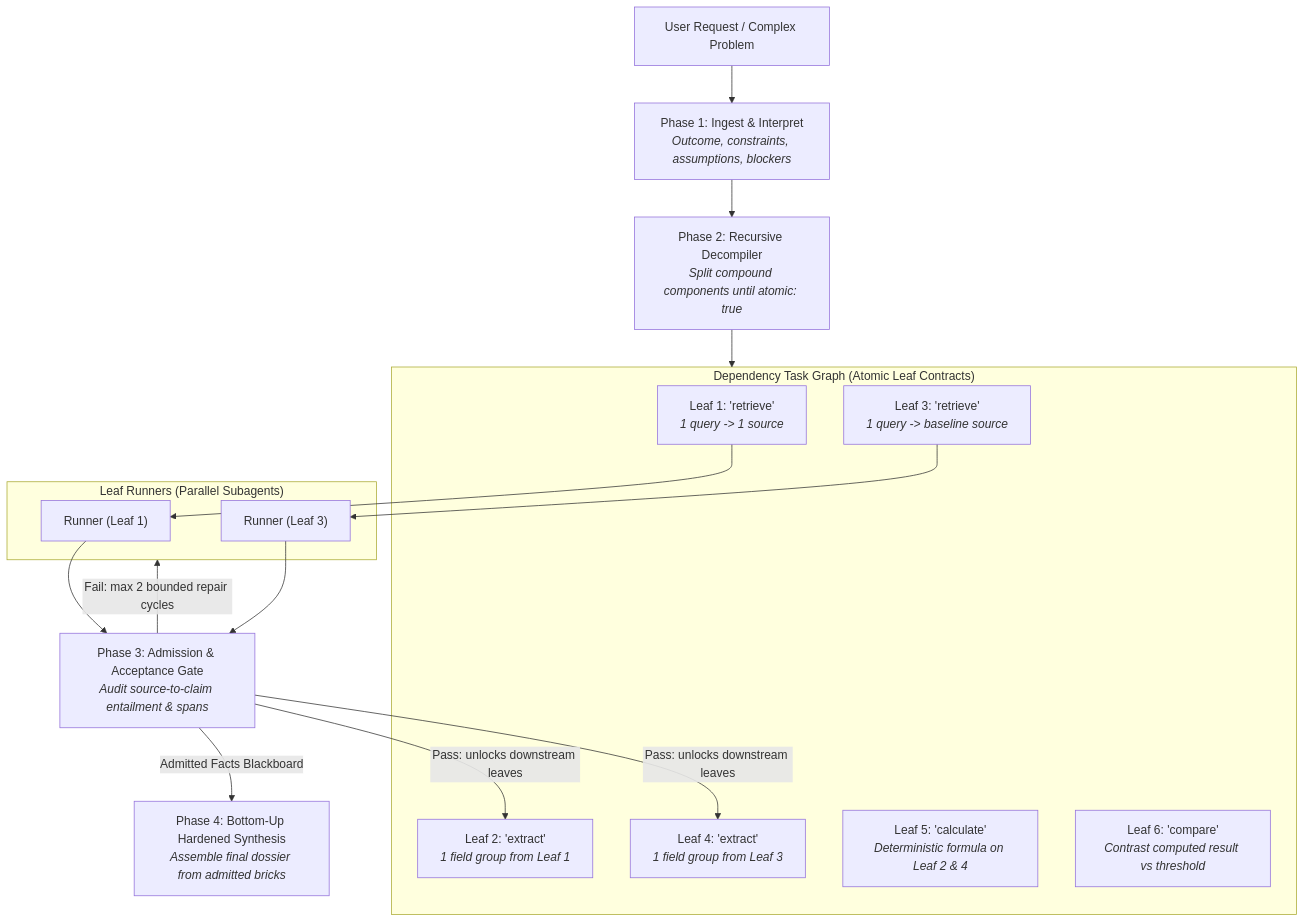
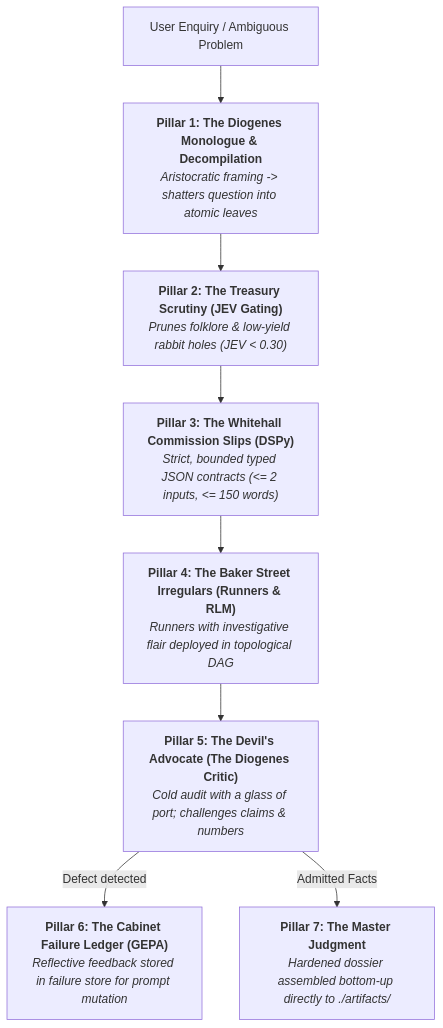
One commit to begosh/skills changed the diagram in skills/research/mycroft/SKILL.md. Above: the diagram before and after it, drawn with Mermaid. The commit also changed other lines of this file, not shown here.

Commit message:
feat(mycroft): v3.2.0 Diogenes monologue, Whitehall DSPy contracts, Irregular swarms, and Devil's Advocate gate

````diff
--- a/skills/research/mycroft/SKILL.md
+++ b/skills/research/mycroft/SKILL.md
@@ -54,31 +32,15 @@
 ```mermaid
 flowchart TD
-    UserQuestion["User Request / Complex Problem"] --> Interpreter["Phase 1: Ingest & Interpret<br/><i>Outcome, constraints, assumptions, blockers</i>"]
+    UserQuestion["User Enquiry / Ambiguous Problem"] --> Monologue["<b>Pillar 1: The Diogenes Monologue & Decompilation</b><br/><i>Aristocratic framing -> shatters question into atomic leaves</i>"]
     
-    Interpreter --> Decompiler["Phase 2: Recursive Decompiler<br/><i>Split compound components until atomic: true</i>"]
+    Monologue --> JEV["<b>Pillar 2: The Treasury Scrutiny (JEV Gating)</b><br/><i>Prunes folklore & low-yield rabbit holes (JEV < 0.30)</i>"]
     
-    subgraph DAG ["Dependency Task Graph (Atomic Leaf Contracts)"]
-        L1["Leaf 1: 'retrieve'<br/><i>1 query -> 1 source</i>"]
-        L2["Leaf 2: 'extract'<br/><i>1 field group from Leaf 1</i>"]
-        L3["Leaf 3: 'retrieve'<br/><i>1 query -> baseline source</i>"]
-        L4["Leaf 4: 'extract'<br/><i>1 field group from Leaf 3</i>"]
-        L5["Leaf 5: 'calculate'<br/><i>Deterministic formula on Leaf 2 & 4</i>"]
-        L6["Leaf 6: 'compare'<br/><i>Contrast computed result vs threshold</i>"]
-    end
+    JEV --> Whitehall["<b>Pillar 3: The Whitehall Commission Slips (DSPy)</b><br/><i>Strict, bounded typed JSON contracts (<= 2 inputs, <= 150 words)</i>"]
     
-    Decompiler --> DAG
+    Whitehall --> Swarm["<b>Pillar 4: The Baker Street Irregulars (Runners & RLM)</b><br/><i>Runners with investigative flair deployed in topological DAG</i>"]
     
-    subgraph Runners ["Leaf Runners (Parallel Subagents)"]
-        R1["Runner (Leaf 1)"]
-        R3["Runner (Leaf 3)"]
-    end
+    Swarm --> Critic["<b>Pillar 5: The Devil's Advocate (The Diogenes Critic)</b><br/><i>Cold audit with a glass of port; challenges claims & numbers</i>"]
     
-    L1 --> R1
-    L3 --> R3
-    
-    R1 & R3 --> Gate["Phase 3: Admission & Acceptance Gate<br/><i>Audit source-to-claim entailment & spans</i>"]
-    Gate -->|Pass: unlocks downstream leaves| L2 & L4
-    Gate -->|Fail: max 2 bounded repair cycles| Runners
-    
-    Gate -->|Admitted Facts Blackboard| Synthesizer["Phase 4: Bottom-Up Hardened Synthesis<br/><i>Assemble final dossier from admitted bricks</i>"]
+    Critic -->|Defect detected| GEPA["<b>Pillar 6: The Cabinet Failure Ledger (GEPA)</b><br/><i>Reflective feedback stored in failure store for prompt mutation</i>"]
+    Critic -->|Admitted Facts| Master["<b>Pillar 7: The Master Judgment</b><br/><i>Hardened dossier assembled bottom-up directly to ./artifacts/</i>"]
 ```
````
